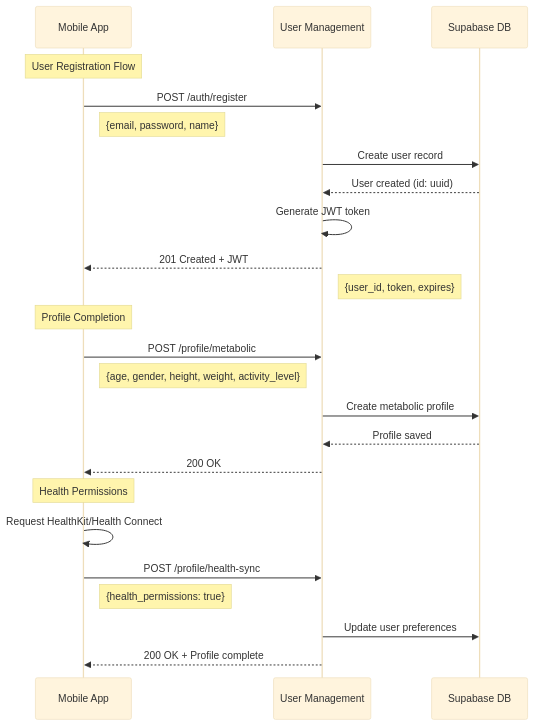
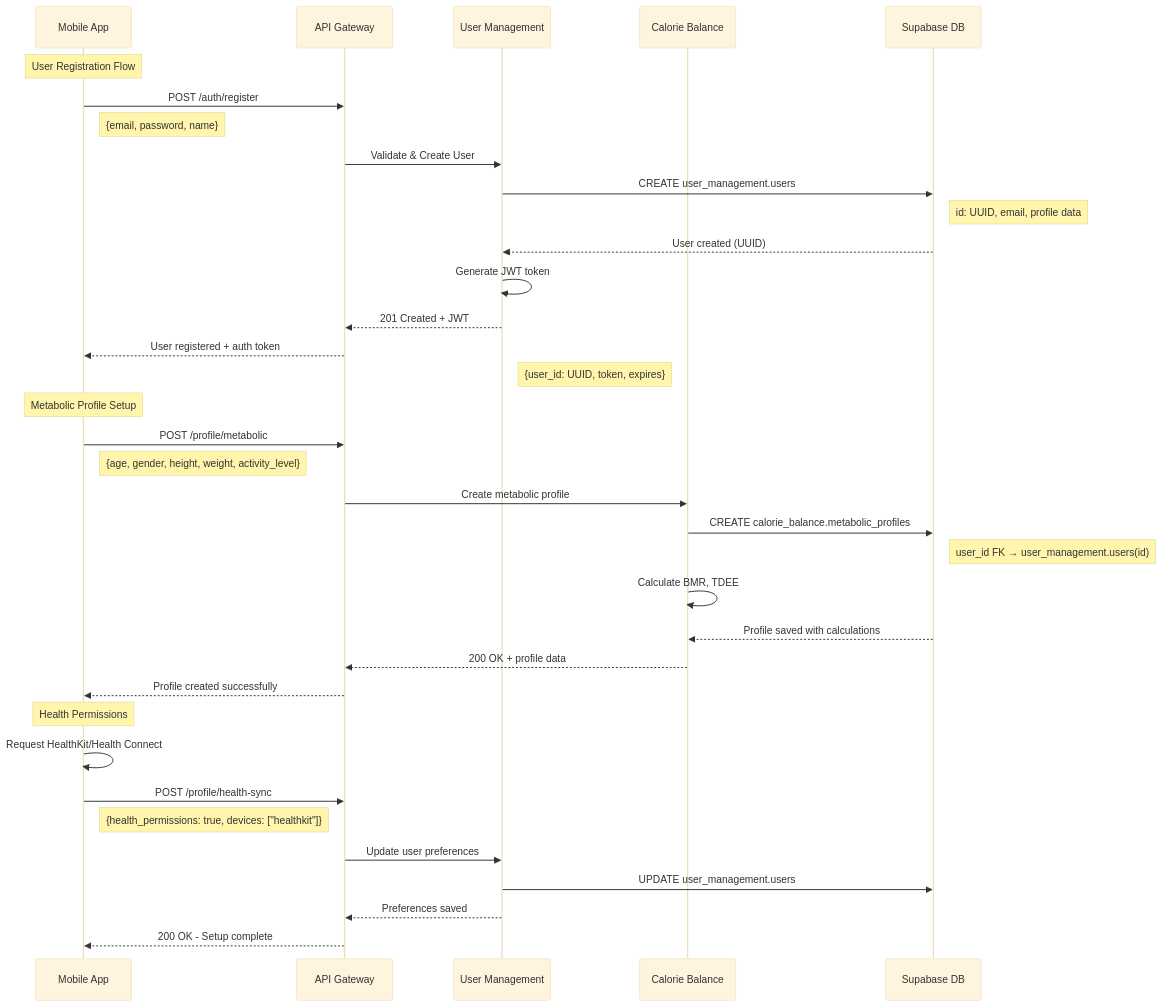
Before and after one commit to giamma80/gymbro-platform: the second of 5 diagrams in docs/architettura.md, drawn with Mermaid (base theme). The commit also changed other lines of this file and 8 other files, not shown here.

````diff
--- a/docs/architettura.md
+++ b/docs/architettura.md
@@ -253,33 +253,44 @@
 ```mermaid
 sequenceDiagram
     participant M as Mobile App
+    participant GW as API Gateway
     participant UM as User Management
+    participant CB as Calorie Balance
     participant DB as Supabase DB
     
     Note over M: User Registration Flow
-    M->>UM: POST /auth/register
+    M->>GW: POST /auth/register
     Note right of M: {email, password, name}
     
-    UM->>DB: Create user record
-    DB-->>UM: User created (id: uuid)
+    GW->>UM: Validate & Create User
+    UM->>DB: CREATE user_management.users
+    Note right of DB: id: UUID, email, profile data
+    DB-->>UM: User created (UUID)
     
     UM->>UM: Generate JWT token
-    UM-->>M: 201 Created + JWT
-    Note right of UM: {user_id, token, expires}
+    UM-->>GW: 201 Created + JWT
+    GW-->>M: User registered + auth token
+    Note right of UM: {user_id: UUID, token, expires}
     
-    Note over M: Profile Completion
-    M->>UM: POST /profile/metabolic
+    Note over M: Metabolic Profile Setup
+    M->>GW: POST /profile/metabolic
     Note right of M: {age, gender, height, weight, activity_level}
     
-    UM->>DB: Create metabolic profile
-    DB-->>UM: Profile saved
-    UM-->>M: 200 OK
+    GW->>CB: Create metabolic profile
+    CB->>DB: CREATE calorie_balance.metabolic_profiles
+    Note right of DB: user_id FK → user_management.users(id)
+    CB->>CB: Calculate BMR, TDEE
+    DB-->>CB: Profile saved with calculations
+    CB-->>GW: 200 OK + profile data
+    GW-->>M: Profile created successfully
     
     Note over M: Health Permissions
     M->>M: Request HealthKit/Health Connect
-    M->>UM: POST /profile/health-sync
-    Note right of M: {health_permissions: true}
+    M->>GW: POST /profile/health-sync
+    Note right of M: {health_permissions: true, devices: ["healthkit"]}
     
-    UM->>DB: Update user preferences
-    UM-->>M: 200 OK + Profile complete
+    GW->>UM: Update user preferences  
+    UM->>DB: UPDATE user_management.users
+    UM-->>GW: Preferences saved
+    GW-->>M: 200 OK - Setup complete
 ```
````
